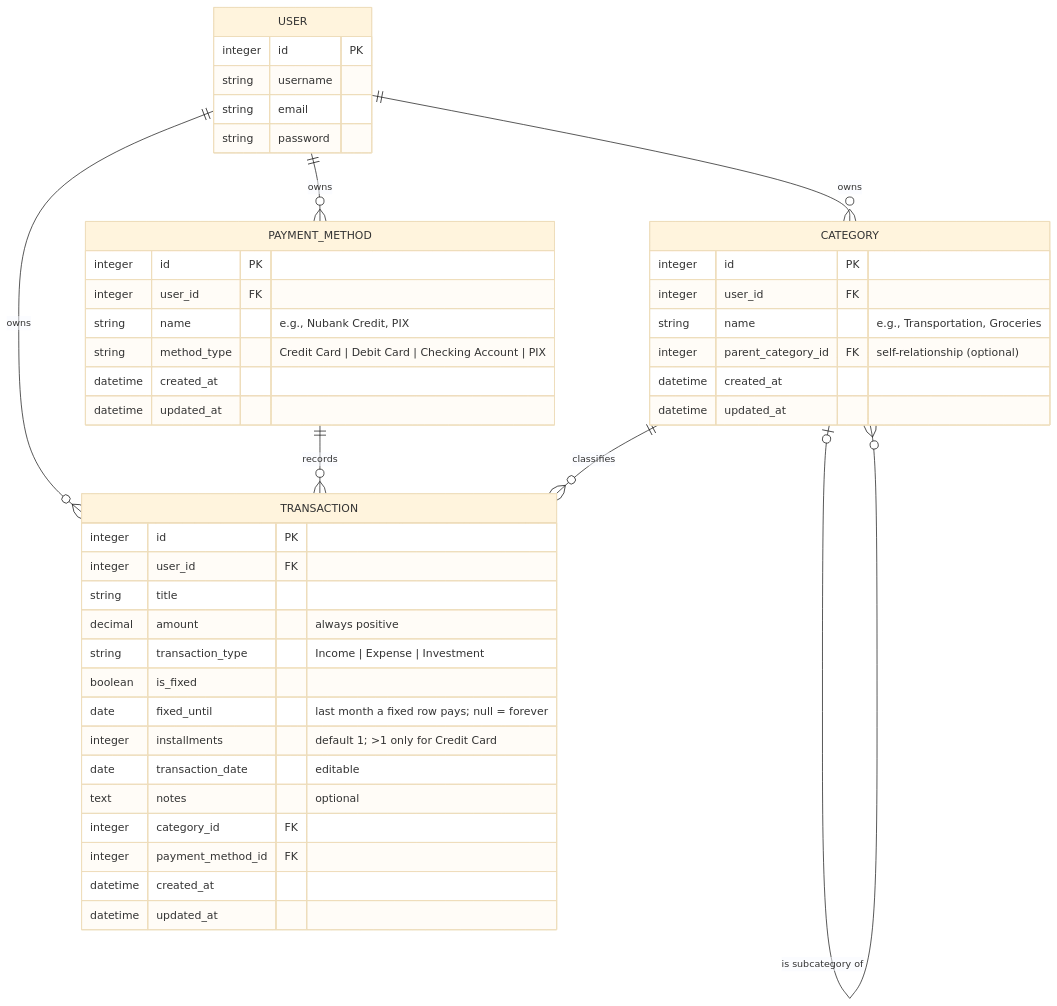
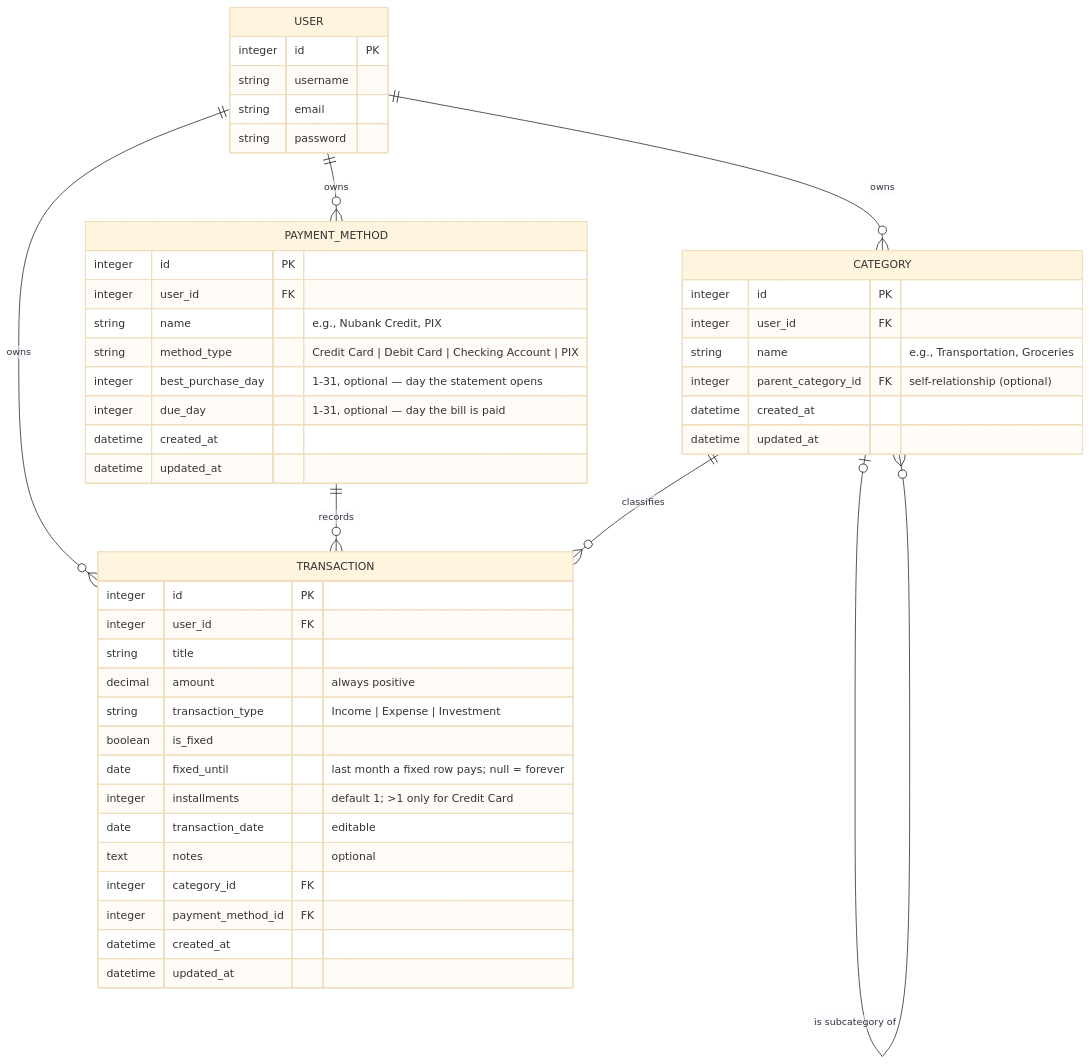
Before and after one commit to HenriqueMayer/TuxedoFinance: the second of 2 diagrams in ProductRequirementsDocument.md, drawn with Mermaid (base theme). The commit also changed other lines of this file and 14 other files, not shown here.

````diff
--- a/ProductRequirementsDocument.md
+++ b/ProductRequirementsDocument.md
@@ -197,51 +197,53 @@
 ```mermaid
 erDiagram
     USER ||--o{ TRANSACTION : "owns"
     USER ||--o{ CATEGORY : "owns"
     USER ||--o{ PAYMENT_METHOD : "owns"
     PAYMENT_METHOD ||--o{ TRANSACTION : "records"
     CATEGORY ||--o{ TRANSACTION : "classifies"
     CATEGORY |o--o{ CATEGORY : "is subcategory of"
 
     USER {
         integer id PK
         string username
         string email
         string password
     }
 
     TRANSACTION {
         integer id PK
         integer user_id FK
         string title
         decimal amount "always positive"
         string transaction_type "Income | Expense | Investment"
         boolean is_fixed
         date fixed_until "last month a fixed row pays; null = forever"
         integer installments "default 1; >1 only for Credit Card"
         date transaction_date "editable"
         text notes "optional"
         integer category_id FK
         integer payment_method_id FK
         datetime created_at
         datetime updated_at
     }
 
     PAYMENT_METHOD {
         integer id PK
         integer user_id FK
         string name "e.g., Nubank Credit, PIX"
         string method_type "Credit Card | Debit Card | Checking Account | PIX"
+        integer best_purchase_day "1-31, optional — day the statement opens"
+        integer due_day "1-31, optional — day the bill is paid"
         datetime created_at
         datetime updated_at
     }
 
     CATEGORY {
         integer id PK
         integer user_id FK
         string name "e.g., Transportation, Groceries"
         integer parent_category_id FK "self-relationship (optional)"
         datetime created_at
         datetime updated_at
     }
 ```
````
